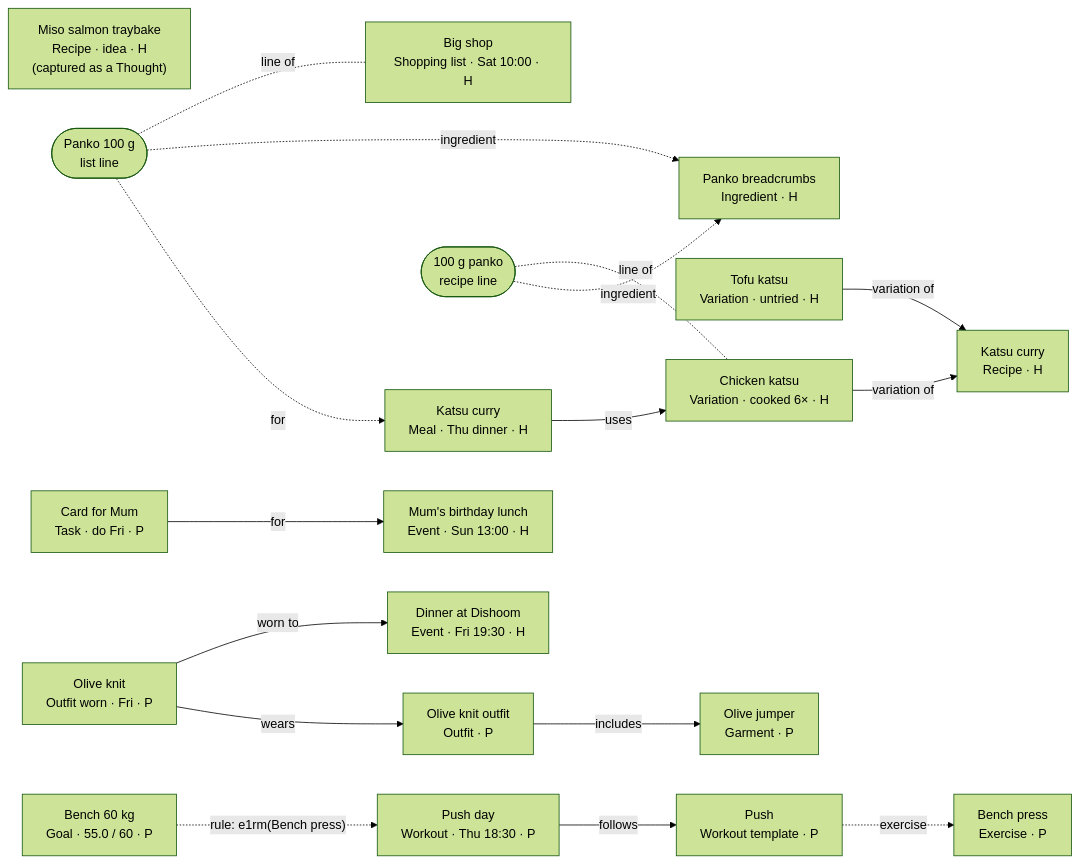
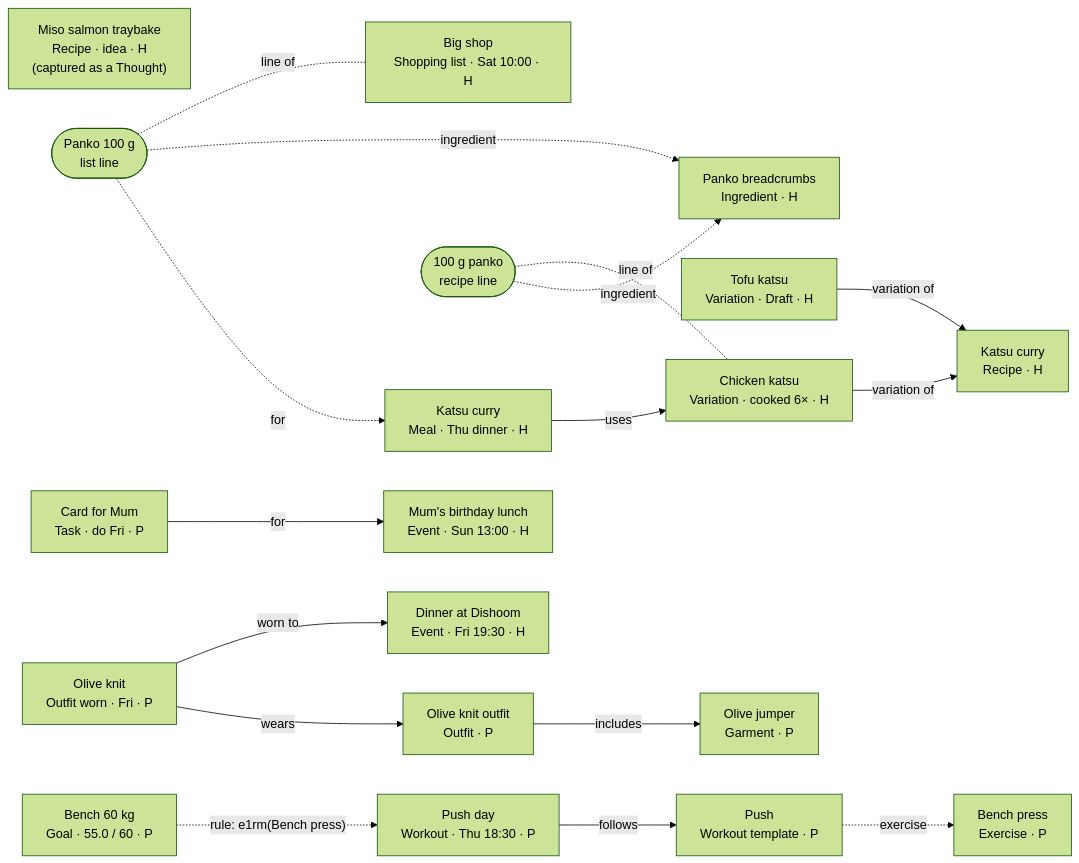
Before and after one commit to joestables/lifeos: the second of 2 diagrams in docs/20-architecture/data-model.md, drawn with Mermaid (forest theme). The commit also changed other lines of this file and 15 other files, not shown here.

````diff
--- a/docs/20-architecture/data-model.md
+++ b/docs/20-architecture/data-model.md
@@ -390,38 +390,38 @@
 ```mermaid
 flowchart LR
   RD["Katsu curry<br/>Recipe · H"]
   R1["Chicken katsu<br/>Variation · cooked 6× · H"]
-  R2["Tofu katsu<br/>Variation · untried · H"]
+  R2["Tofu katsu<br/>Variation · Draft · H"]
   R3["Miso salmon traybake<br/>Recipe · idea · H<br/>(captured as a Thought)"]
   M["Katsu curry<br/>Meal · Thu dinner · H"]
   S["Big shop<br/>Shopping list · Sat 10:00 · H"]
   L(["Panko 100 g<br/>list line"])
   RL(["100 g panko<br/>recipe line"])
   I["Panko breadcrumbs<br/>Ingredient · H"]
   E1["Dinner at Dishoom<br/>Event · Fri 19:30 · H"]
   E2["Mum's birthday lunch<br/>Event · Sun 13:00 · H"]
   T["Card for Mum<br/>Task · do Fri · P"]
   OW["Olive knit<br/>Outfit worn · Fri · P"]
   O["Olive knit outfit<br/>Outfit · P"]
   G["Olive jumper<br/>Garment · P"]
   W["Push day<br/>Workout · Thu 18:30 · P"]
   TP["Push<br/>Workout template · P"]
   X["Bench press<br/>Exercise · P"]
   GL["Bench 60 kg<br/>Goal · 55.0 / 60 · P"]
 
   M -- uses --> R1
   R1 -- variation of --> RD
   R2 -- variation of --> RD
   RL -. line of .- R1
   RL -. ingredient .-> I
   L -. line of .- S
   L -. ingredient .-> I
   L -. for .-> M
   OW -- worn to --> E1
   OW -- wears --> O
   O -- includes --> G
   T -- for --> E2
   W -- follows --> TP
   TP -. exercise .-> X
   GL -. "rule: e1rm(Bench press)" .-> W
 ```
````
